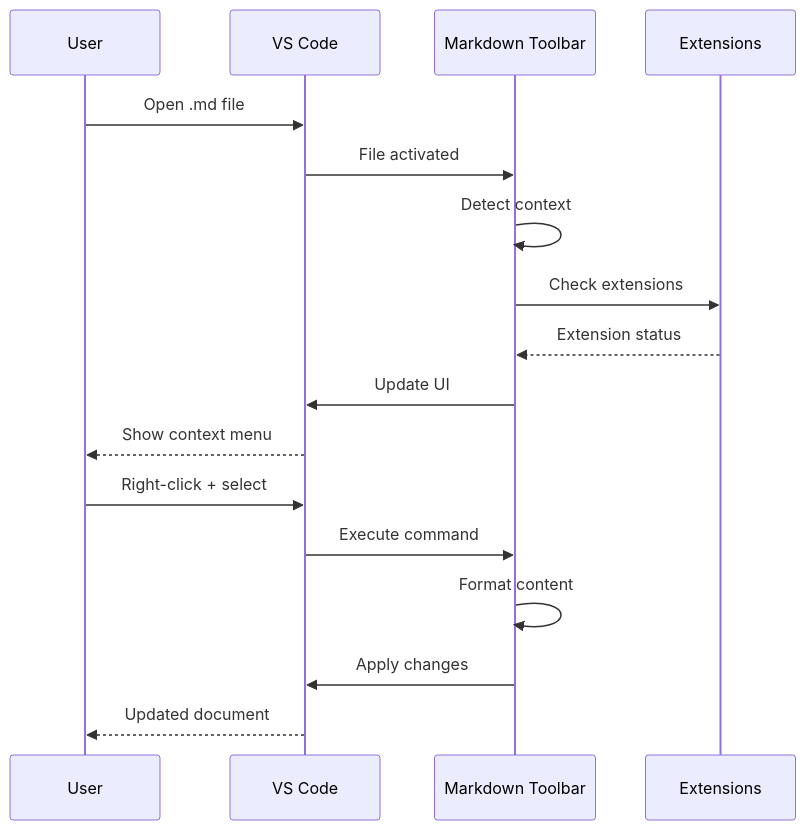
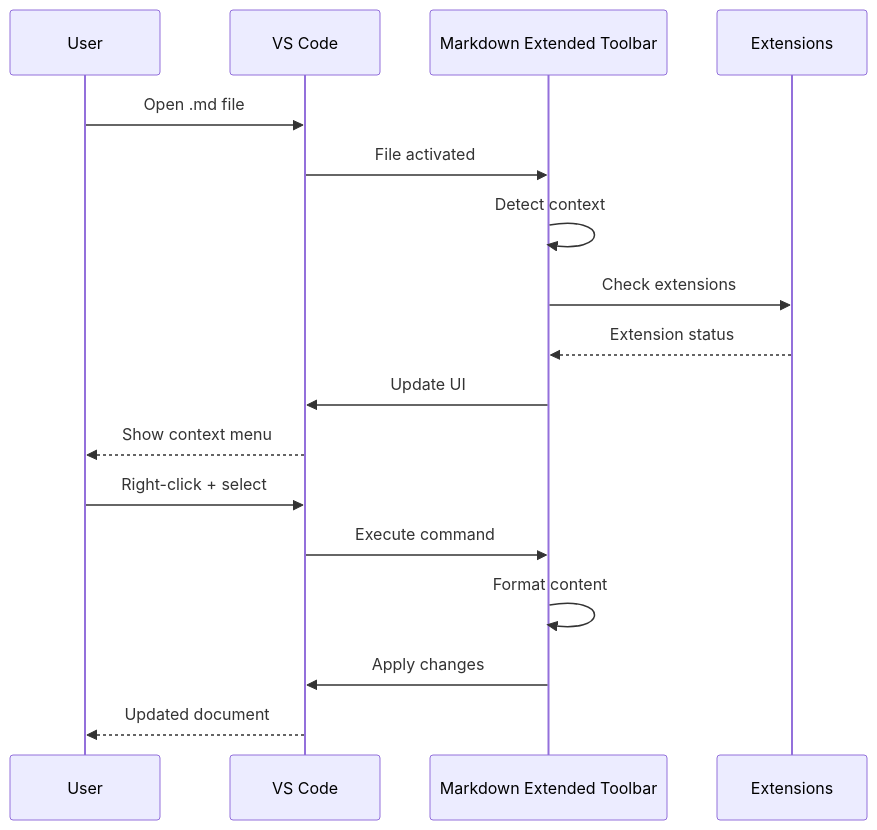
The seventh of 10 diagrams in README.md (GSejas/markdown-toolbar), drawn with Mermaid before and after one commit. The commit also changed other lines of this file and 60 other files, not shown here.

First line of the commit message:
refactor: Rename Markdown Toolbar to Markdown Extended Toolbar across documentation and codebase

````diff
--- a/README.md
+++ b/README.md
@@ -435,21 +435,21 @@
 ```mermaid
 sequenceDiagram
     participant U as User
     participant VS as VS Code
-    participant MT as Markdown Toolbar
+    participant MT as Markdown Extended Toolbar
     participant EX as Extensions
 
     U->>VS: Open .md file
     VS->>MT: File activated
     MT->>MT: Detect context
     MT->>EX: Check extensions
     EX-->>MT: Extension status
     MT->>VS: Update UI
     VS-->>U: Show context menu
 
     U->>VS: Right-click + select
     VS->>MT: Execute command
     MT->>MT: Format content
     MT->>VS: Apply changes
     VS-->>U: Updated document
 ```
````
